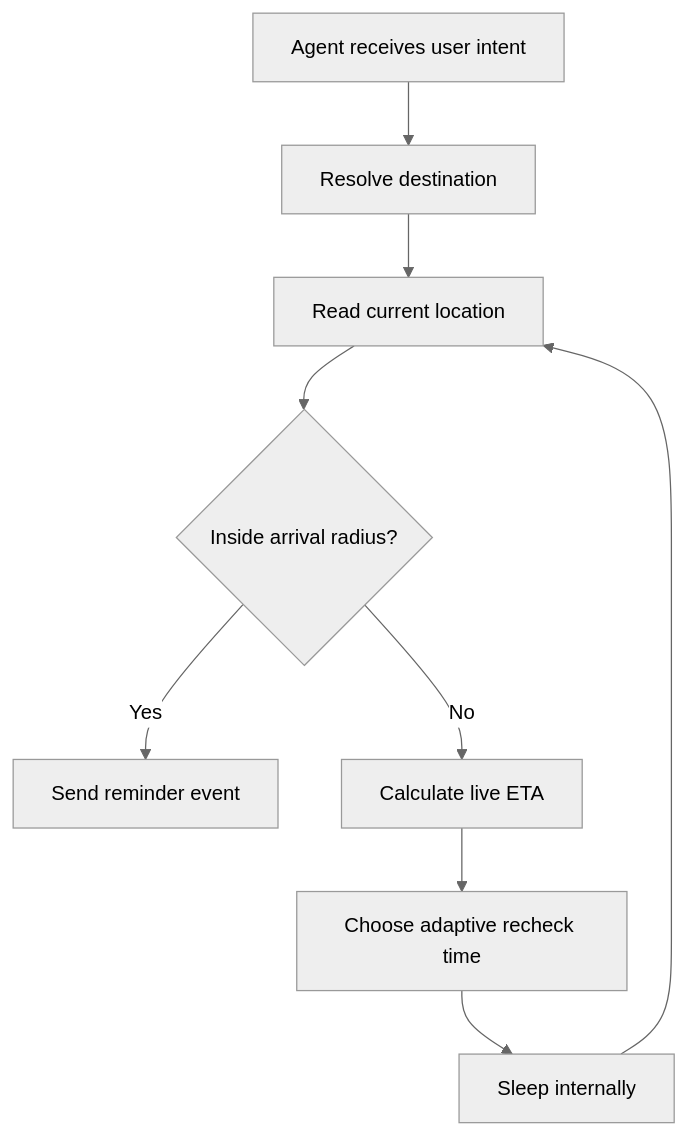
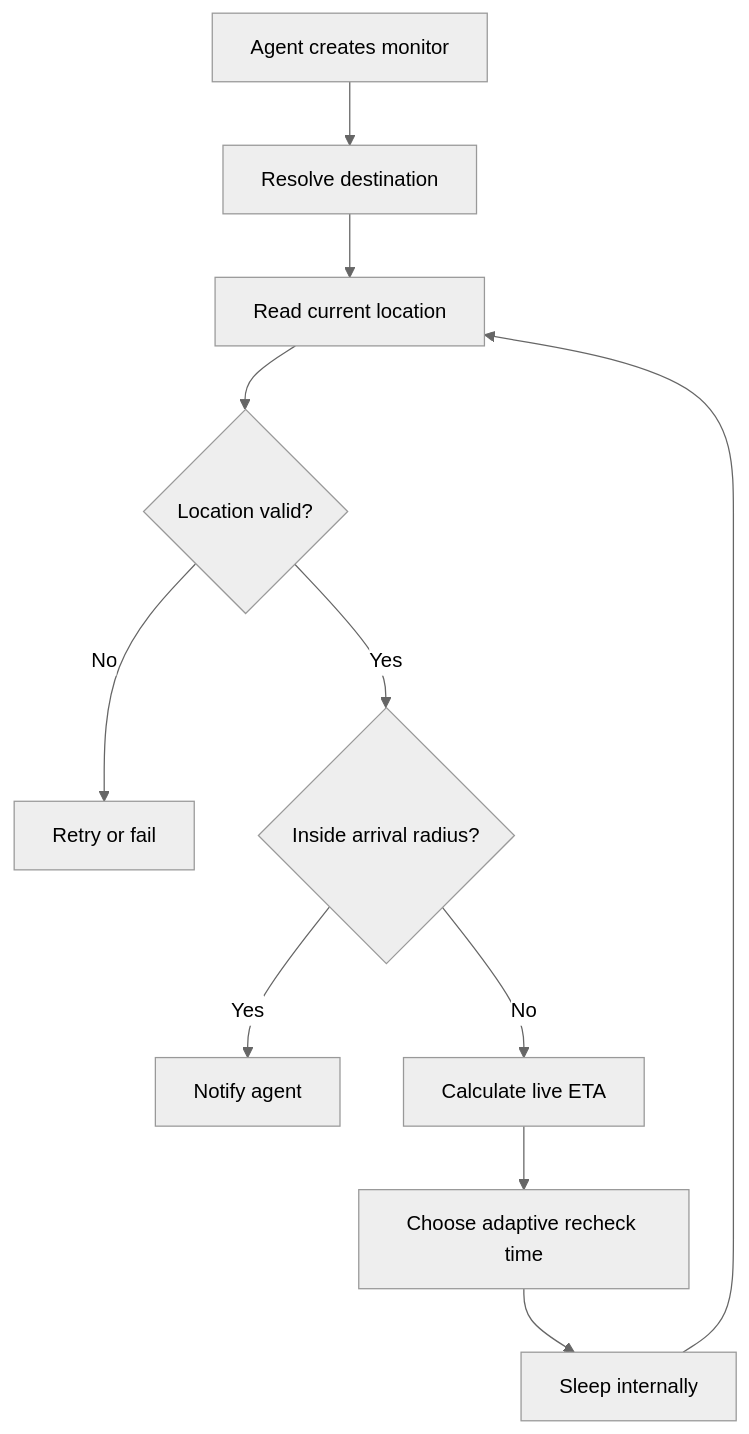
One commit to aiwithenoch/agentpresent changed the diagram in README.md. Above: the diagram before and after it, drawn with Mermaid (neutral theme). The commit also changed other lines of this file, not shown here.

````diff
--- a/README.md
+++ b/README.md
@@ -64,11 +35,13 @@
 ```mermaid
 flowchart TD
-    A[Agent receives user intent] --> B[Resolve destination]
+    A[Agent creates monitor] --> B[Resolve destination]
     B --> C[Read current location]
-    C --> D{Inside arrival radius?}
-    D -- Yes --> H[Send reminder event]
-    D -- No --> E[Calculate live ETA]
-    E --> F[Choose adaptive recheck time]
-    F --> G[Sleep internally]
-    G --> C
+    C --> D{Location valid?}
+    D -- No --> R[Retry or fail]
+    D -- Yes --> E{Inside arrival radius?}
+    E -- Yes --> H[Notify agent]
+    E -- No --> F[Calculate live ETA]
+    F --> G[Choose adaptive recheck time]
+    G --> I[Sleep internally]
+    I --> C
 ```
````
